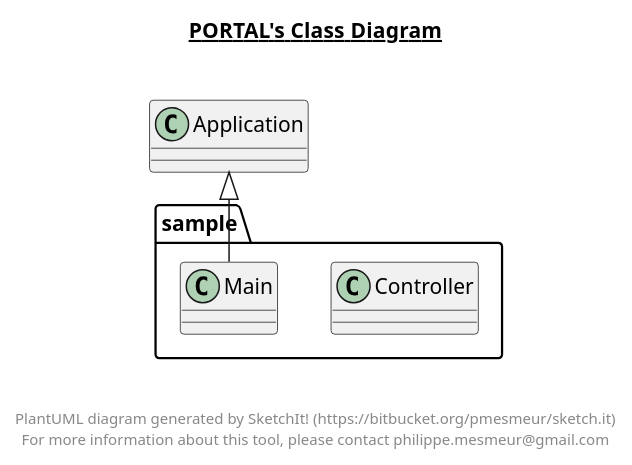
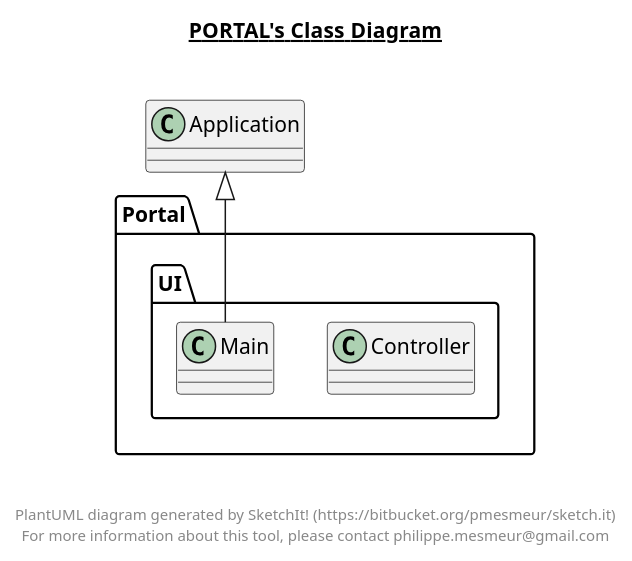
Before and after one commit to MartinEmilEshack/PortalOld: the diagram in Portal.plantuml, drawn with PlantUML. The commit also changed 6 other files, not shown here.

```diff
--- a/Portal.plantuml
+++ b/Portal.plantuml
@@ -1,27 +1,27 @@
 @startuml
 
 title __PORTAL's Class Diagram__\n
 
-  package sample {
+  package Portal.UI {
     class Controller {
     }
   }
   
 
-  package sample {
+  package Portal.UI {
     class Main {
     }
   }
   
 
   Main -up-|> Application
 
 
 right footer
 
 
 PlantUML diagram generated by SketchIt! (https://bitbucket.org/pmesmeur/sketch.it)
 For more information about this tool, please contact philippe.mesmeur@gmail.com
 endfooter
 
 @enduml
```
